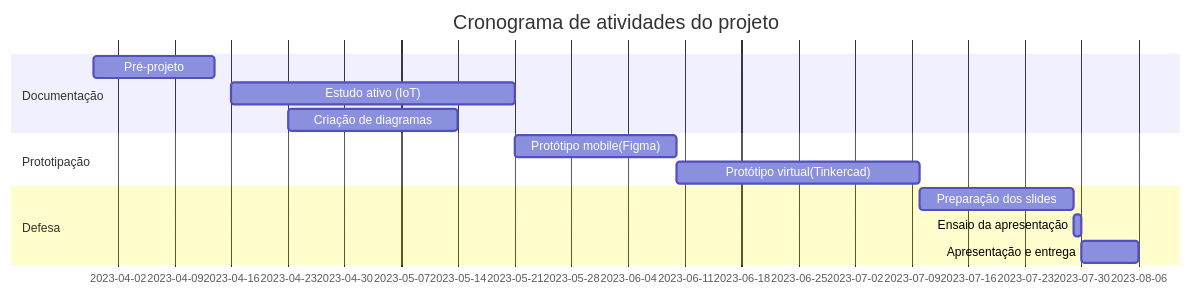
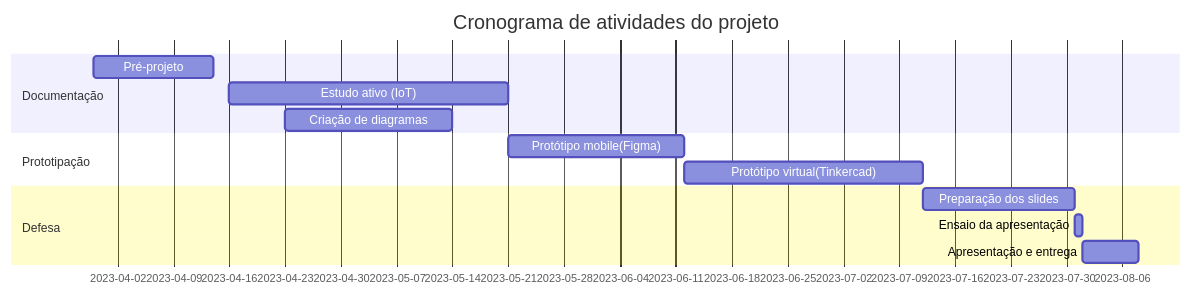
The diagram in README.md (AgathaSena/Projeto-Integrador-II), drawn with Mermaid before and after one commit.

````diff
--- a/README.md
+++ b/README.md
@@ -6,16 +6,16 @@
  ```mermaid
     gantt
     title Cronograma de atividades do projeto
     dateFormat  YYYY-MM-DD
     section Documentação
     Pré-projeto     :a1,  2023-03-30, 15d
     Estudo ativo (IoT)   :a2, 2023-04-16, 35d
     Criação de diagramas     :c3,  2023-04-23, 21d
     section Prototipação
-    Protótipo mobile(Figma)      :c1, after a2, 20d
+    Protótipo mobile(Figma)      :c1, after a2, 22d
     Protótipo virtual(Tinkercad)      :c2, after c1, 30d
     section Defesa
     Preparação dos slides :p1, after c2, 19d
     Ensaio da apresentação :p2, after p1, 01d
     Apresentação e entrega  :p3, after p2, 07d
 ``` 
````
